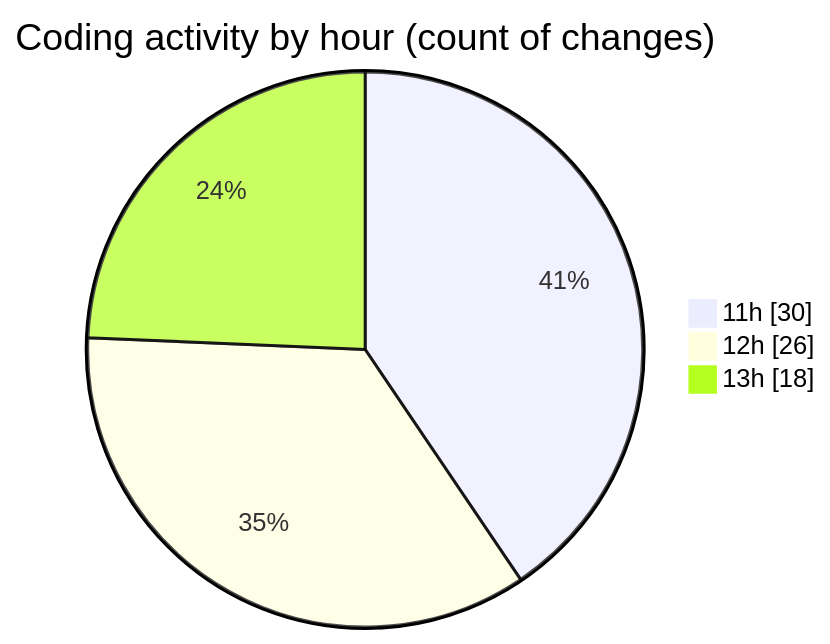
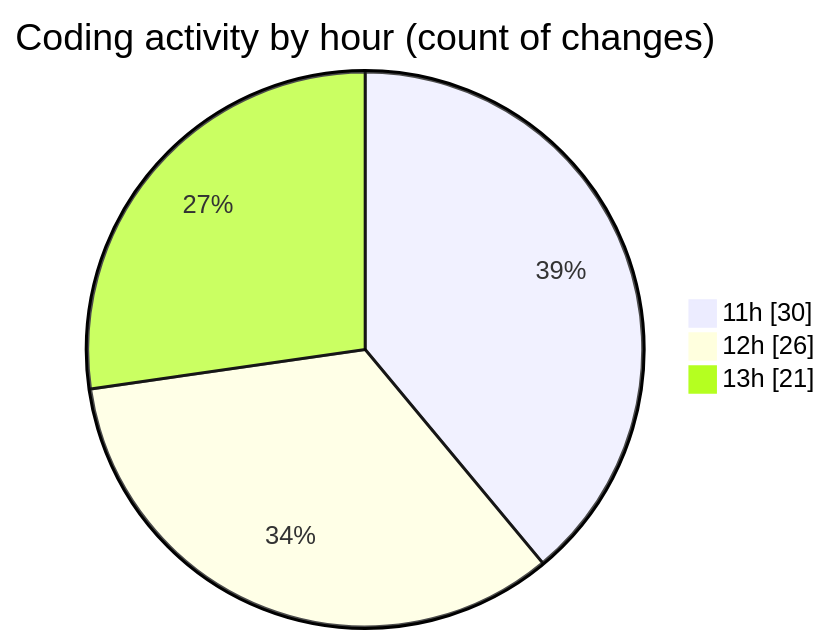
Before and after one commit to lephambinh05/code-tracking: the second of 2 diagrams in 2025-08-25/studybuddy/README.md, drawn with Mermaid. The commit also changed other lines of this file and 1 other file, not shown here.

````diff
--- a/2025-08-25/studybuddy/README.md
+++ b/2025-08-25/studybuddy/README.md
@@ -59,7 +59,7 @@
 ```mermaid
 pie showData
 title Coding activity by hour (count of changes)
 "11h" : 30
 "12h" : 26
-"13h" : 18
+"13h" : 21
 ```
````
